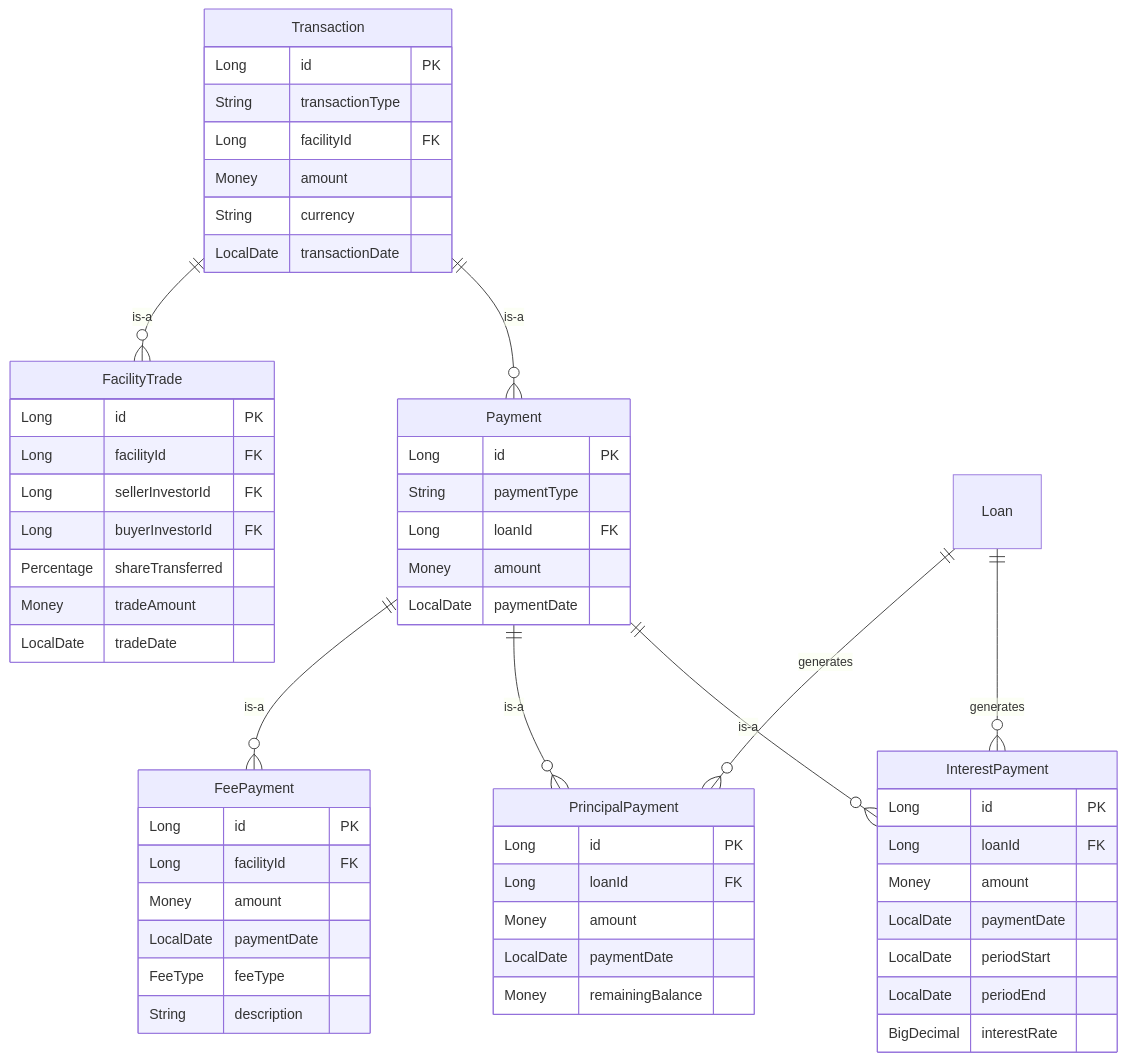
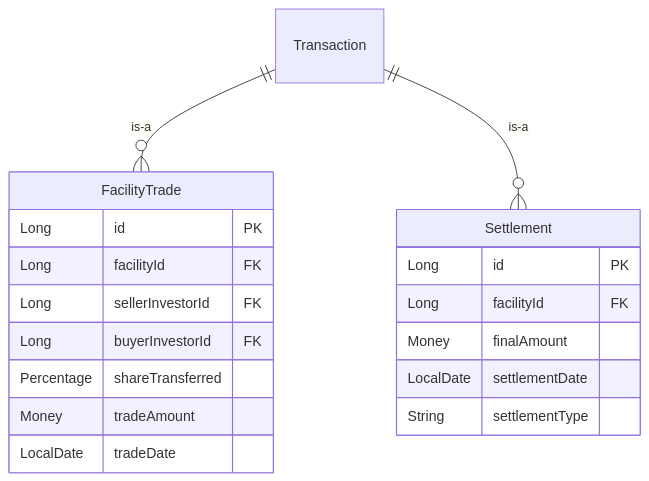
The fourth of 9 diagrams in data-model.md (tis-abe-akira/ddd-ai), drawn with Mermaid before and after one commit. The commit also changed other lines of this file and 2 other files, not shown here.

Commit message:
feat: 手数料管理機能の追加と取引統合管理のテストを強化

````diff
--- a/data-model.md
+++ b/data-model.md
@@ -265,68 +324,25 @@
 ```mermaid
 erDiagram
-    %% Transaction階層（抽象基底概念）- 既に実装済みの部分は省略
-    Transaction {
-        Long id PK
-        String transactionType
-        Long facilityId FK
-        Money amount
-        String currency
-        LocalDate transactionDate
-    }
-
-    Payment {
-        Long id PK
-        String paymentType
-        Long loanId FK
-        Money amount
-        LocalDate paymentDate
-    }
-
-    InterestPayment {
-        Long id PK
-        Long loanId FK
-        Money amount
-        LocalDate paymentDate
-        LocalDate periodStart
-        LocalDate periodEnd
-        BigDecimal interestRate
-    }
-
-    PrincipalPayment {
-        Long id PK
-        Long loanId FK
-        Money amount
-        LocalDate paymentDate
-        Money remainingBalance
-    }
-
-    FeePayment {
-        Long id PK
-        Long facilityId FK
-        Money amount
-        LocalDate paymentDate
-        FeeType feeType
-        String description
-    }
-
+    %% 将来実装予定の取引タイプ
     FacilityTrade {
         Long id PK
         Long facilityId FK
         Long sellerInvestorId FK
         Long buyerInvestorId FK
         Percentage shareTransferred
         Money tradeAmount
         LocalDate tradeDate
     }
 
+    Settlement {
+        Long id PK
+        Long facilityId FK
+        Money finalAmount
+        LocalDate settlementDate
+        String settlementType
+    }
+
     %% 継承関係
-    Transaction ||--o{ Payment : "is-a"
-    Payment ||--o{ InterestPayment : "is-a"
-    Payment ||--o{ PrincipalPayment : "is-a"
-    Payment ||--o{ FeePayment : "is-a"
     Transaction ||--o{ FacilityTrade : "is-a"
-
-    %% 関係性
-    Loan ||--o{ InterestPayment : "generates"
-    Loan ||--o{ PrincipalPayment : "generates"
+    Transaction ||--o{ Settlement : "is-a"
 ```
````
